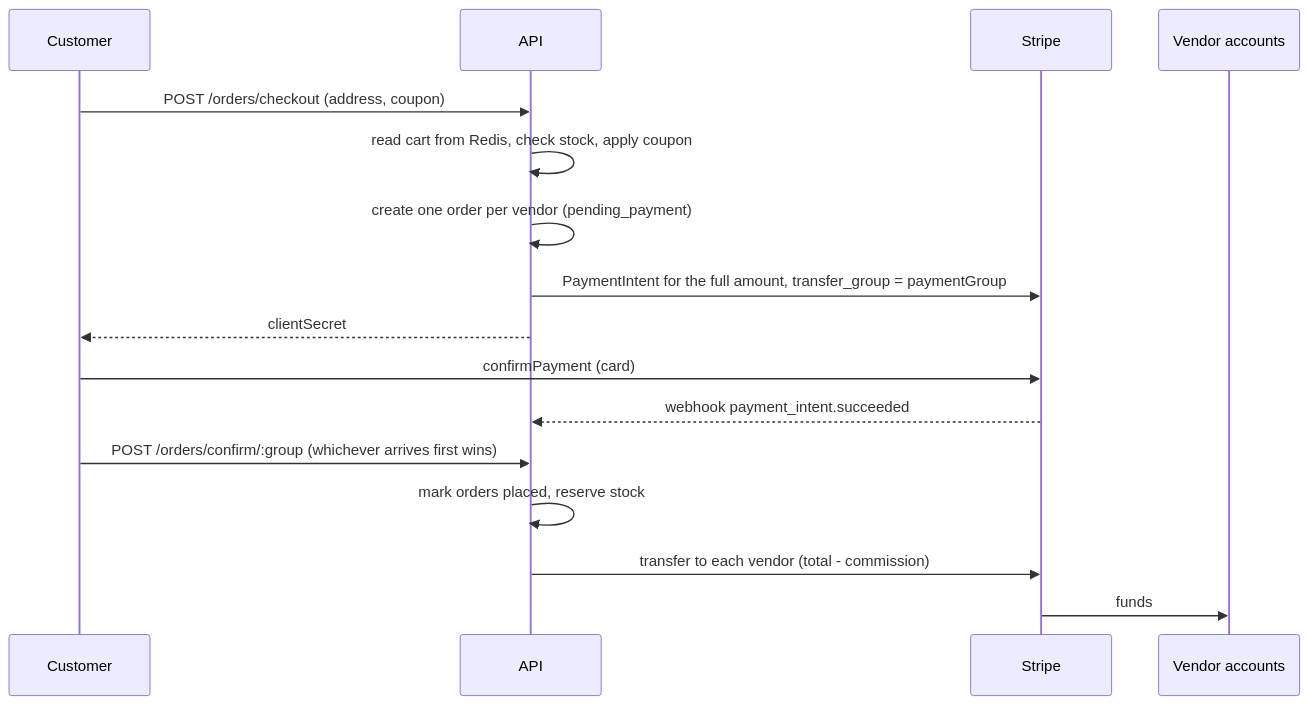
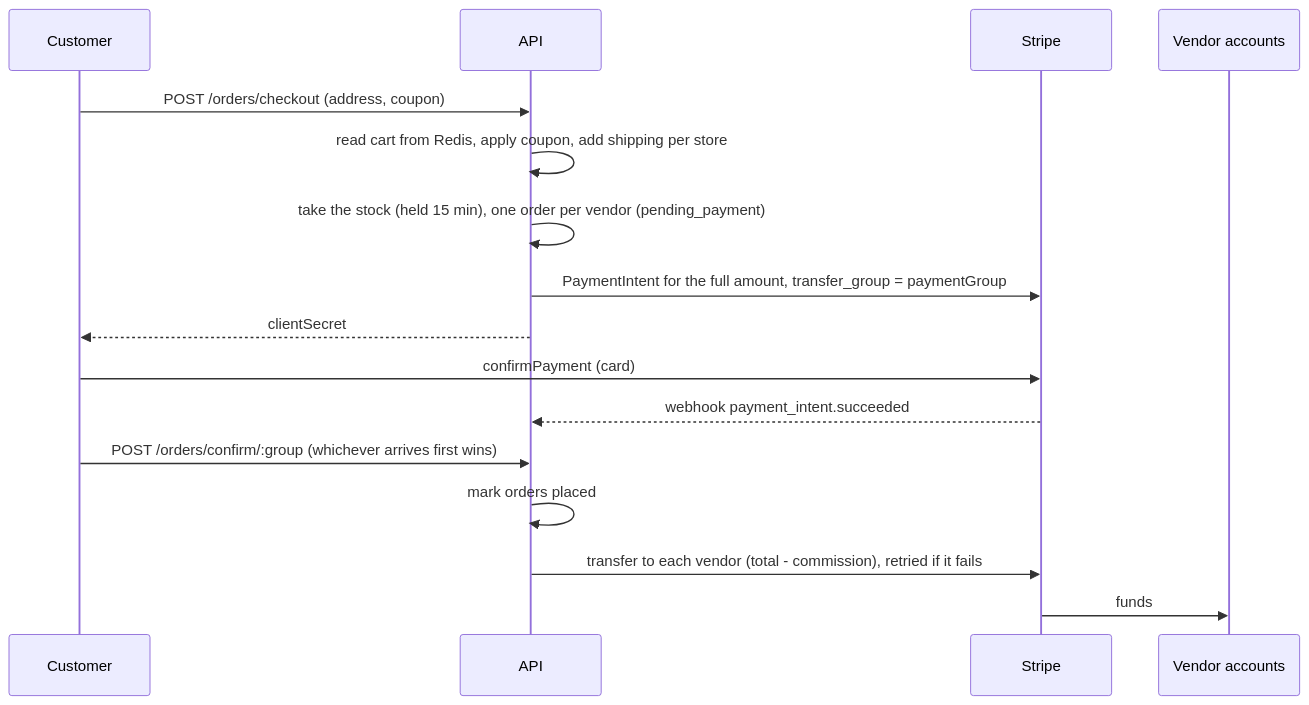
The second of 4 diagrams in docs/ARCHITECTURE.md (unknowndevice077/Internship), drawn with Mermaid before and after one commit. The commit also changed other lines of this file and 5 other files, not shown here.

````diff
--- a/docs/ARCHITECTURE.md
+++ b/docs/ARCHITECTURE.md
@@ -40,18 +40,18 @@
 ```mermaid
 sequenceDiagram
     participant C as Customer
     participant A as API
     participant S as Stripe
     participant V as Vendor accounts
     C->>A: POST /orders/checkout (address, coupon)
-    A->>A: read cart from Redis, check stock, apply coupon
-    A->>A: create one order per vendor (pending_payment)
+    A->>A: read cart from Redis, apply coupon, add shipping per store
+    A->>A: take the stock (held 15 min), one order per vendor (pending_payment)
     A->>S: PaymentIntent for the full amount, transfer_group = paymentGroup
     A-->>C: clientSecret
     C->>S: confirmPayment (card)
     S-->>A: webhook payment_intent.succeeded
     C->>A: POST /orders/confirm/:group (whichever arrives first wins)
-    A->>A: mark orders placed, reserve stock
-    A->>S: transfer to each vendor (total - commission)
+    A->>A: mark orders placed
+    A->>S: transfer to each vendor (total - commission), retried if it fails
     S->>V: funds
 ```
````
